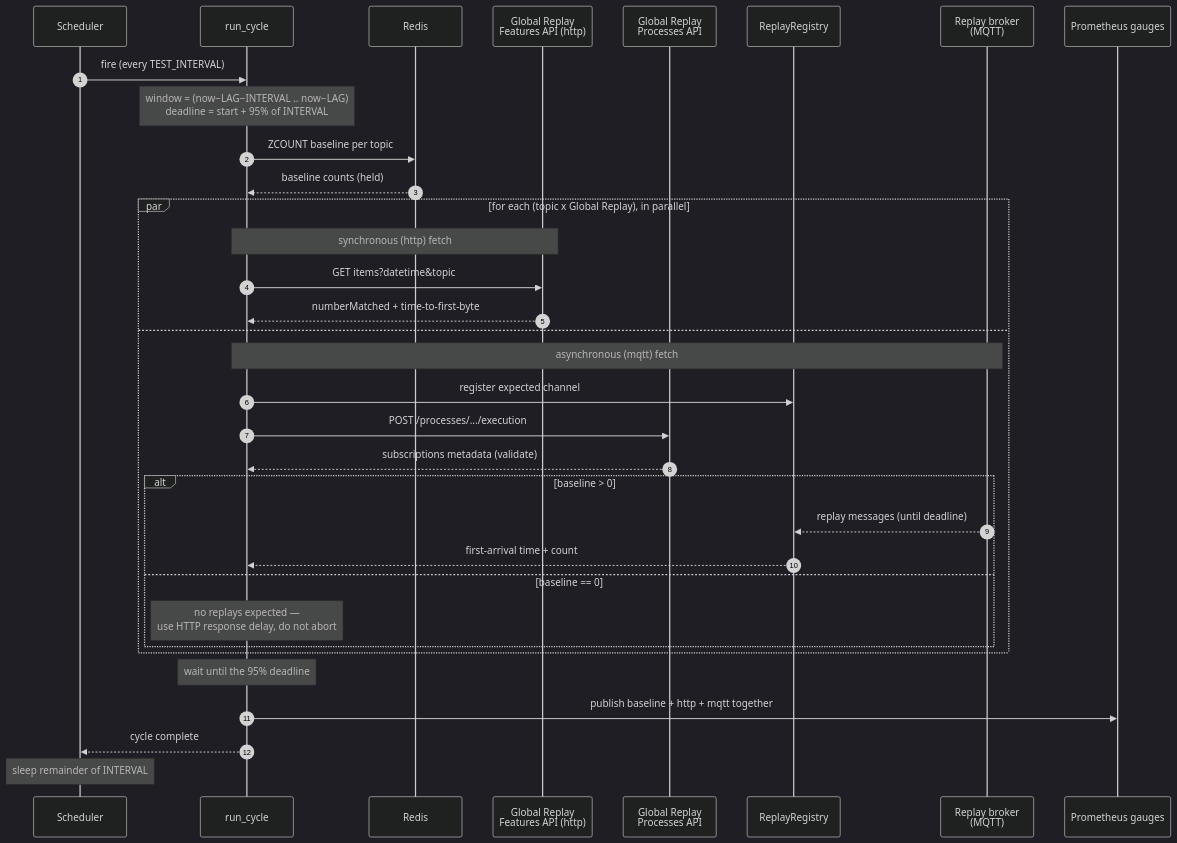
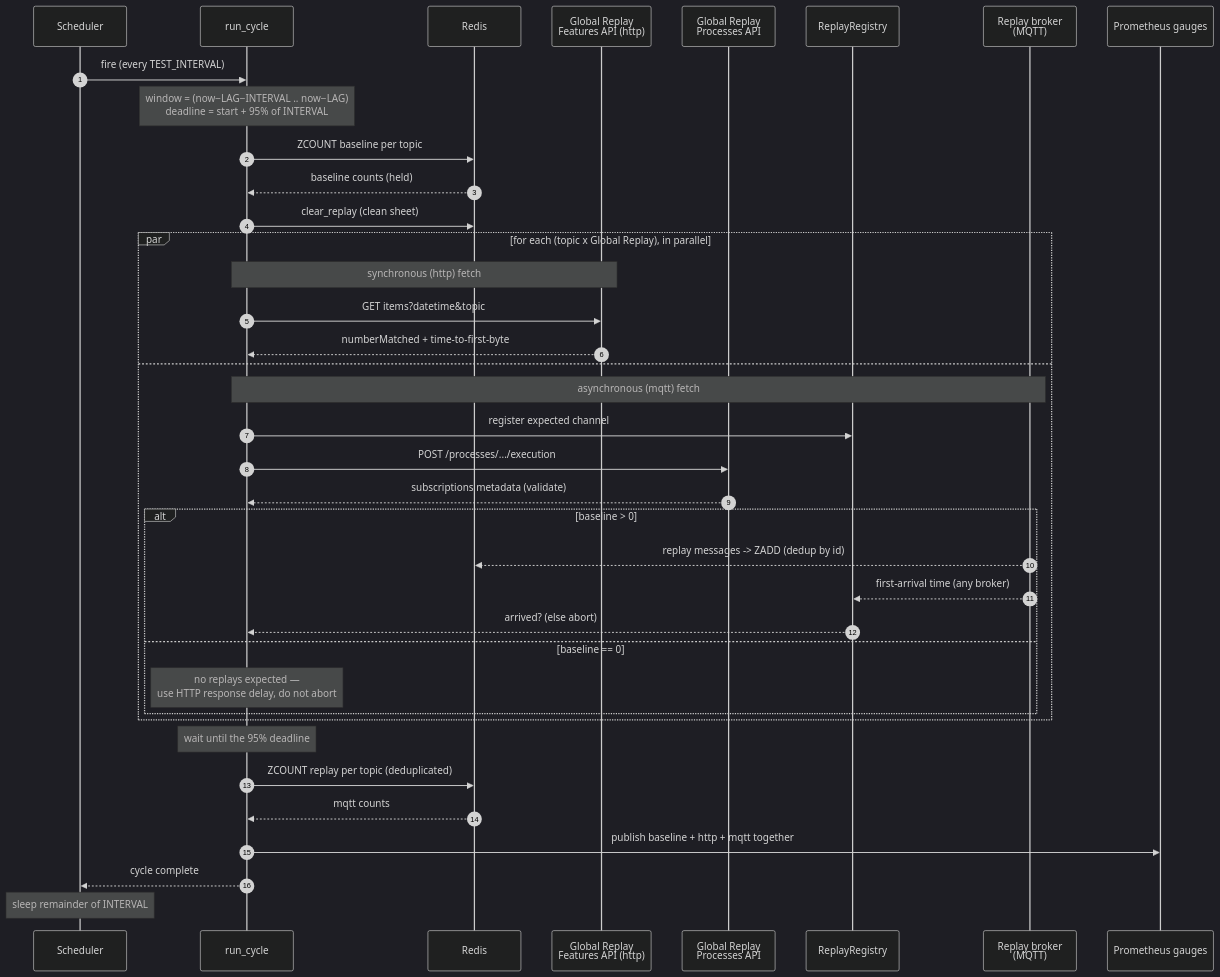
One commit to 6a6d74/scgrep changed the second of 2 diagrams in ARCHITECTURE.md. Above: the diagram before and after it, drawn with Mermaid (dark theme). The commit also changed other lines of this file and 6 other files, not shown here.

First line of the commit message:
Deduplicate async replay counts across brokers via Redis

````diff
--- a/ARCHITECTURE.md
+++ b/ARCHITECTURE.md
@@ -198,40 +222,44 @@
 ```mermaid
 sequenceDiagram
     autonumber
     participant SCH as Scheduler
     participant RC as run_cycle
     participant RS as Redis
     participant GRF as Global Replay<br/>Features API (http)
     participant GRP as Global Replay<br/>Processes API
     participant RR as ReplayRegistry
     participant RB as Replay broker<br/>(MQTT)
     participant M as Prometheus gauges
 
     SCH->>RC: fire (every TEST_INTERVAL)
     Note over RC: window = (now−LAG−INTERVAL .. now−LAG)<br/>deadline = start + 95% of INTERVAL
 
     RC->>RS: ZCOUNT baseline per topic
     RS-->>RC: baseline counts (held)
+    RC->>RS: clear_replay (clean sheet)
 
     par for each (topic x Global Replay), in parallel
         Note over RC,GRF: synchronous (http) fetch
         RC->>GRF: GET items?datetime&topic
         GRF-->>RC: numberMatched + time-to-first-byte
     and
         Note over RC,RB: asynchronous (mqtt) fetch
         RC->>RR: register expected channel
         RC->>GRP: POST /processes/.../execution
         GRP-->>RC: subscriptions metadata (validate)
         alt baseline > 0
-            RB-->>RR: replay messages (until deadline)
-            RR-->>RC: first-arrival time + count
+            RB-->>RS: replay messages -> ZADD (dedup by id)
+            RB-->>RR: first-arrival time (any broker)
+            RR-->>RC: arrived? (else abort)
         else baseline == 0
             Note over RC: no replays expected —<br/>use HTTP response delay, do not abort
         end
     end
 
     Note over RC: wait until the 95% deadline
+    RC->>RS: ZCOUNT replay per topic (deduplicated)
+    RS-->>RC: mqtt counts
     RC->>M: publish baseline + http + mqtt together
     RC-->>SCH: cycle complete
     Note over SCH: sleep remainder of INTERVAL
 ```
````
